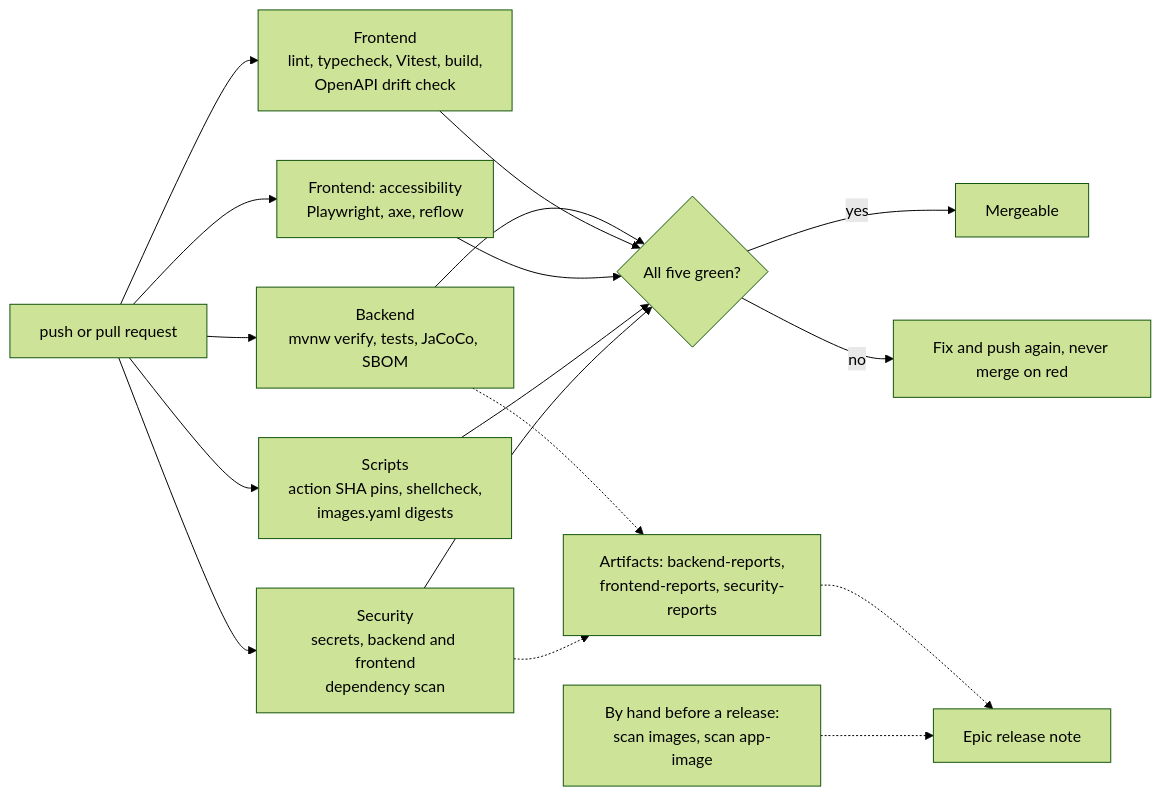
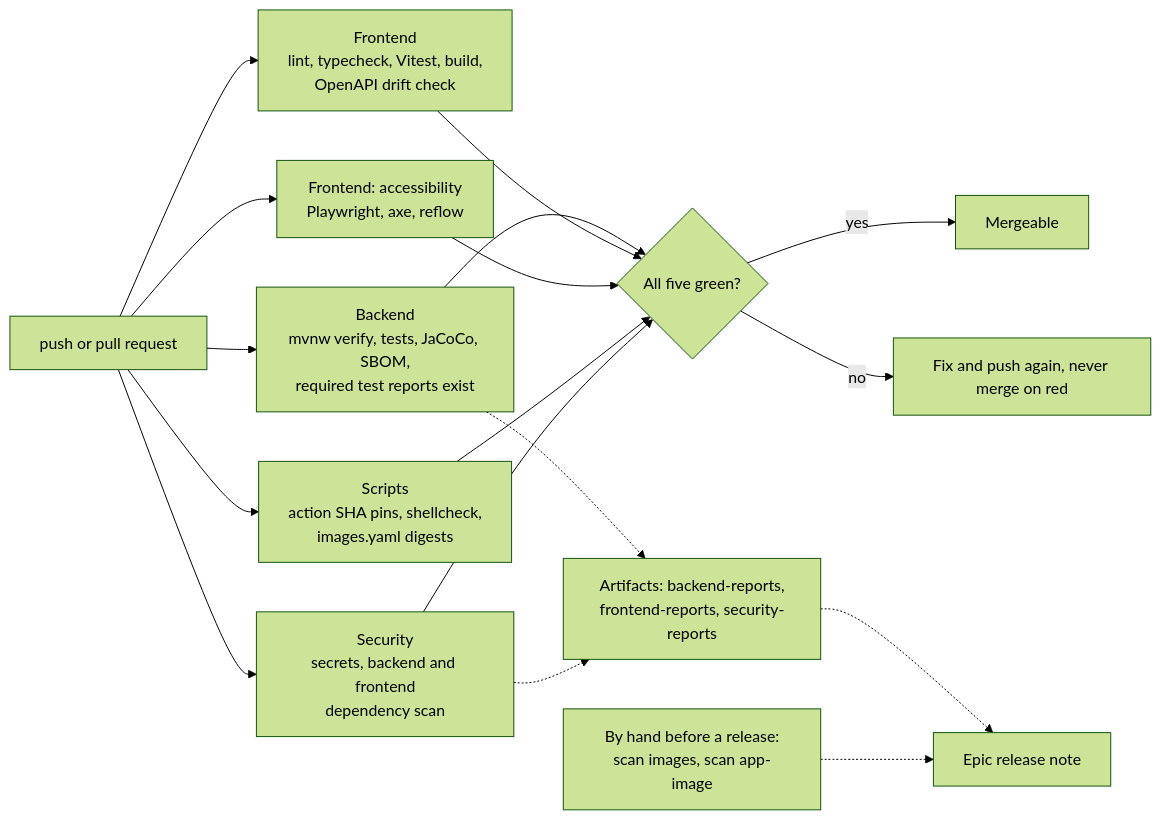
One commit to yebbah/little-steps changed the fifth of 8 diagrams in docs/workflow.md. Above: the diagram before and after it, drawn with Mermaid (forest theme). The commit also changed 4 other files, not shown here.

First line of the commit message:
ci: make the drift check and the required backend test reports mandatory (#88)

````diff
--- a/docs/workflow.md
+++ b/docs/workflow.md
@@ -90,19 +90,19 @@
 ```mermaid
 flowchart LR
-  E["push or pull request"] --> J1["Backend<br/>mvnw verify, tests, JaCoCo, SBOM"]
+  E["push or pull request"] --> J1["Backend<br/>mvnw verify, tests, JaCoCo, SBOM,<br/>required test reports exist"]
   E --> J2["Frontend<br/>lint, typecheck, Vitest, build,<br/>OpenAPI drift check"]
   E --> JA["Frontend: accessibility<br/>Playwright, axe, reflow"]
   E --> J3["Scripts<br/>action SHA pins, shellcheck,<br/>images.yaml digests"]
   E --> J4["Security<br/>secrets, backend and frontend<br/>dependency scan"]
   J1 --> G{"All five green?"}
   J2 --> G
   JA --> G
   J3 --> G
   J4 --> G
   G -- "yes" --> OK["Mergeable"]
   G -- "no" --> NO["Fix and push again, never merge on red"]
   J1 -.-> ART["Artifacts: backend-reports,<br/>frontend-reports, security-reports"]
   J4 -.-> ART
   ART -.-> RN["Epic release note"]
   MAN["By hand before a release:<br/>scan images, scan app-image"] -.-> RN
 ```
````
